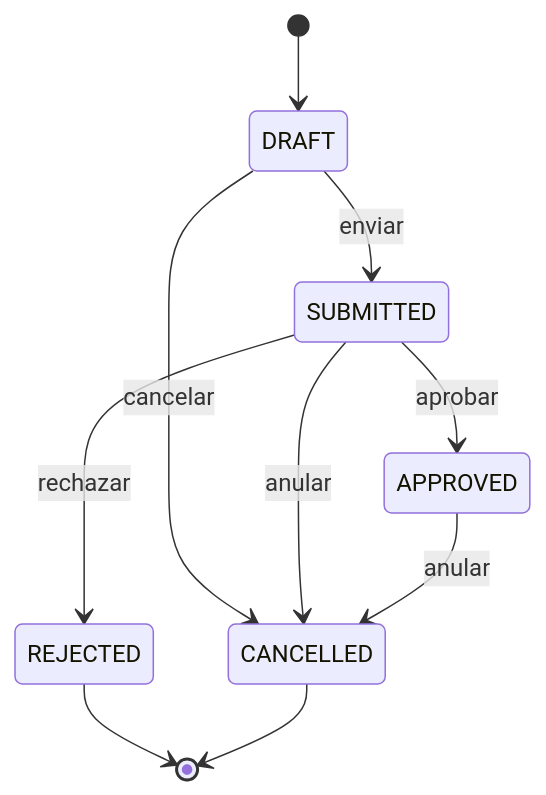
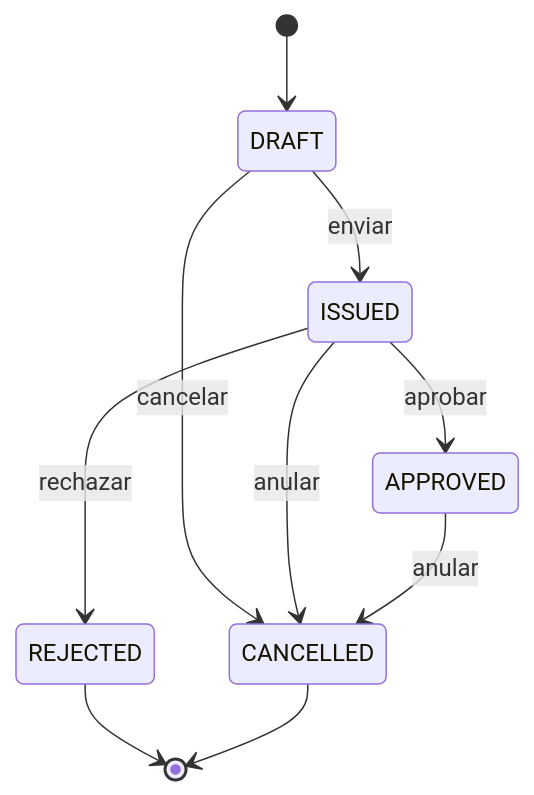
One commit to simonbravin/bloqer-v2 changed diagram 21 of 30 in docs/bloqer2.0/01-domain/STATE_MACHINES.md. Above: the diagram before and after it, drawn with Mermaid. The commit also changed other lines of this file and 93 other files, not shown here.

````diff
--- a/docs/bloqer2.0/01-domain/STATE_MACHINES.md
+++ b/docs/bloqer2.0/01-domain/STATE_MACHINES.md
@@ -660,12 +660,12 @@
 ```mermaid
 stateDiagram-v2
   [*] --> DRAFT
-  DRAFT --> SUBMITTED : enviar
+  DRAFT --> ISSUED : enviar
   DRAFT --> CANCELLED : cancelar
-  SUBMITTED --> APPROVED : aprobar
-  SUBMITTED --> REJECTED : rechazar
-  SUBMITTED --> CANCELLED : anular
+  ISSUED --> APPROVED : aprobar
+  ISSUED --> REJECTED : rechazar
+  ISSUED --> CANCELLED : anular
   APPROVED --> CANCELLED : anular
   REJECTED --> [*]
   CANCELLED --> [*]
 ```
````
